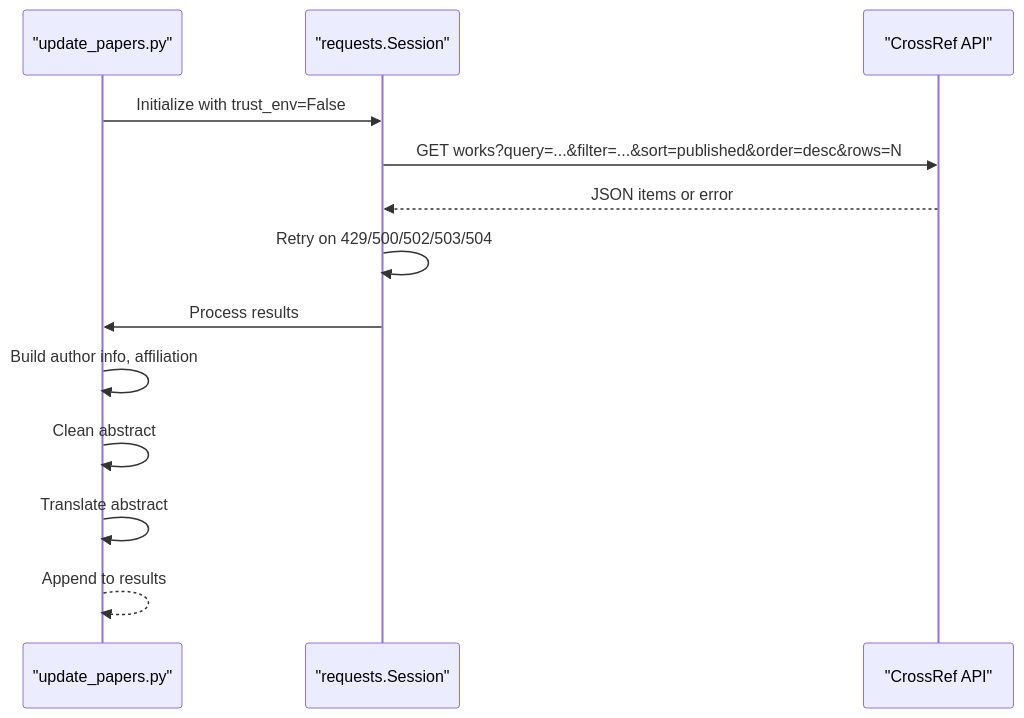
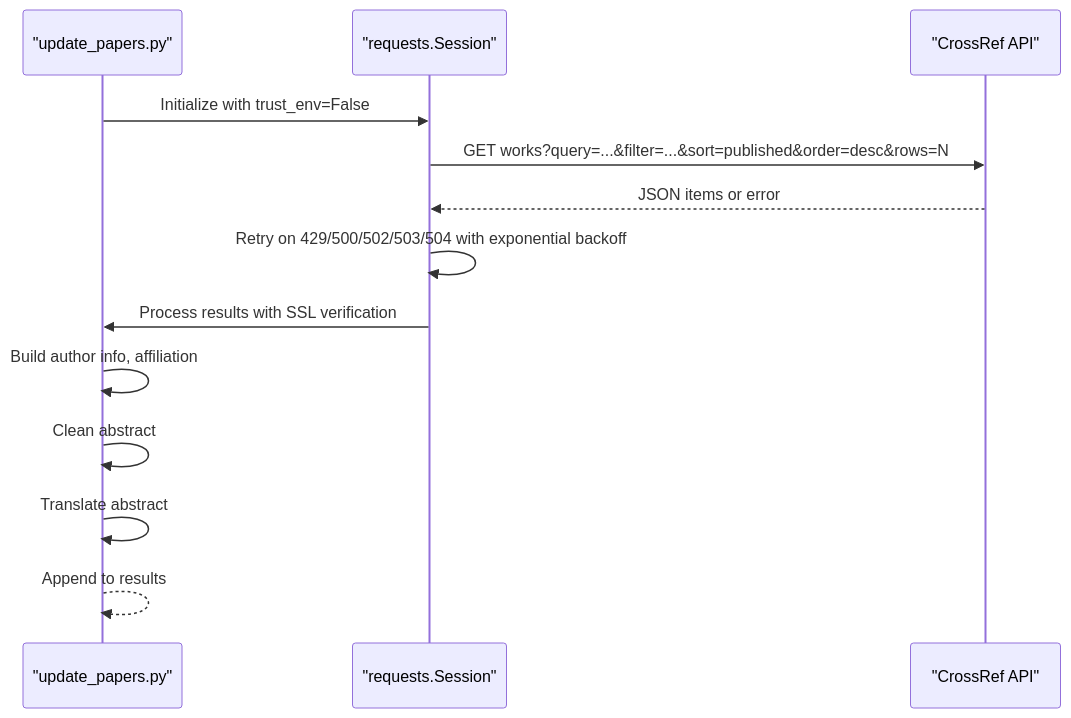
Before and after one commit to junxie01/cryoseismology_papers: the ninth of 15 diagrams in .qoder/repowiki/en/content/Core Components/Paper Collection Engine.md, drawn with Mermaid. The commit also changed other lines of this file and 4 other files, not shown here.

````diff
--- a/.qoder/repowiki/en/content/Core Components/Paper Collection Engine.md
+++ b/.qoder/repowiki/en/content/Core Components/Paper Collection Engine.md
@@ -290,15 +313,15 @@
 ```mermaid
 sequenceDiagram
 participant Script as "update_papers.py"
 participant Session as "requests.Session"
 participant CrossRef as "CrossRef API"
 Script->>Session : Initialize with trust_env=False
 Session->>CrossRef : GET works?query=...&filter=...&sort=published&order=desc&rows=N
 CrossRef-->>Session : JSON items or error
-Session->>Session : Retry on 429/500/502/503/504
-Session->>Script : Process results
+Session->>Session : Retry on 429/500/502/503/504 with exponential backoff
+Session->>Script : Process results with SSL verification
 Script->>Script : Build author info, affiliation
 Script->>Script : Clean abstract
 Script->>Script : Translate abstract
 Script-->>Script : Append to results
 ```
````
